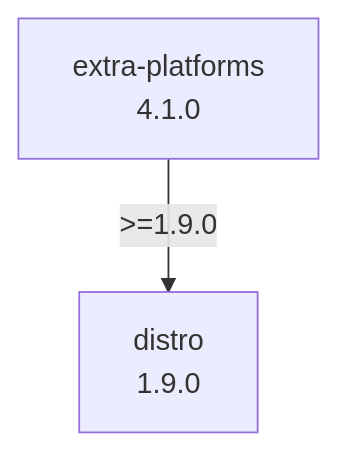
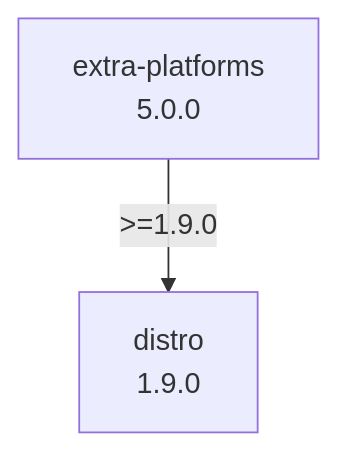
One commit to kdeldycke/extra-platforms changed the diagram in docs/assets/dependencies.mmd. Above: the diagram before and after it, drawn with Mermaid.

Commit message:
[autofix] Regenerate dependency graph

```diff
--- a/docs/assets/dependencies.mmd
+++ b/docs/assets/dependencies.mmd
@@ -1,5 +1,5 @@
 flowchart TD
     classDef missing stroke-dasharray: 5
     distro["distro\n1.9.0"]
-    extra-platforms["extra-platforms\n4.1.0"]
+    extra-platforms["extra-platforms\n5.0.0"]
     extra-platforms -- ">=1.9.0" --> distro
```
